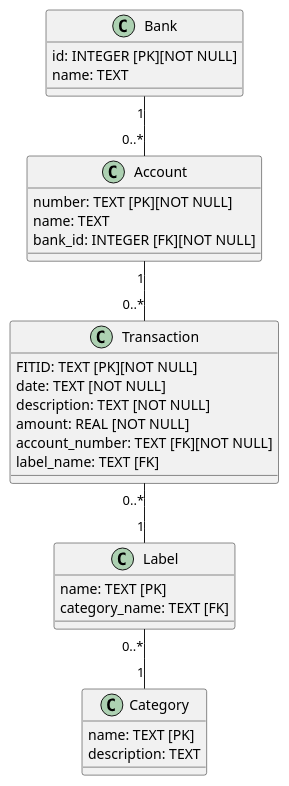
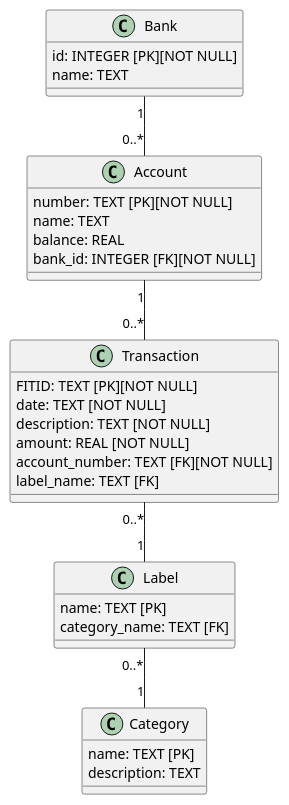
One commit to nboutin/buba_engine changed the diagram in doc/database_project.class.plantuml. Above: the diagram before and after it, drawn with PlantUML. The commit also changed 5 other files, not shown here.

```diff
--- a/doc/database_project.class.plantuml
+++ b/doc/database_project.class.plantuml
@@ -1,40 +1,41 @@
 @startuml
 
 class Bank {
 	id: INTEGER [PK][NOT NULL]
 	name: TEXT
 }
 
 class Account {
 	number: TEXT [PK][NOT NULL]
 	name: TEXT
+	balance: REAL
 	bank_id: INTEGER [FK][NOT NULL]
 }
 
 class Transaction {
 	'Financial Institut Transaction ID
 	FITID: TEXT [PK][NOT NULL]
 	date: TEXT [NOT NULL]
 	description: TEXT [NOT NULL]
 	amount: REAL [NOT NULL]
 	account_number: TEXT [FK][NOT NULL]
 	label_name: TEXT [FK]
 }
 
 class Category {
 	name: TEXT [PK]
 	description: TEXT
 }
 
 class Label {
 	name: TEXT [PK]
 	category_name: TEXT [FK]
 }
 
 
 Bank "1" -- "0..*" Account
 Account "1" -- "0..*" Transaction
 Transaction "0..*" -- "1" Label
 Label "0..*" -- "1" Category
 
 @enduml
```
